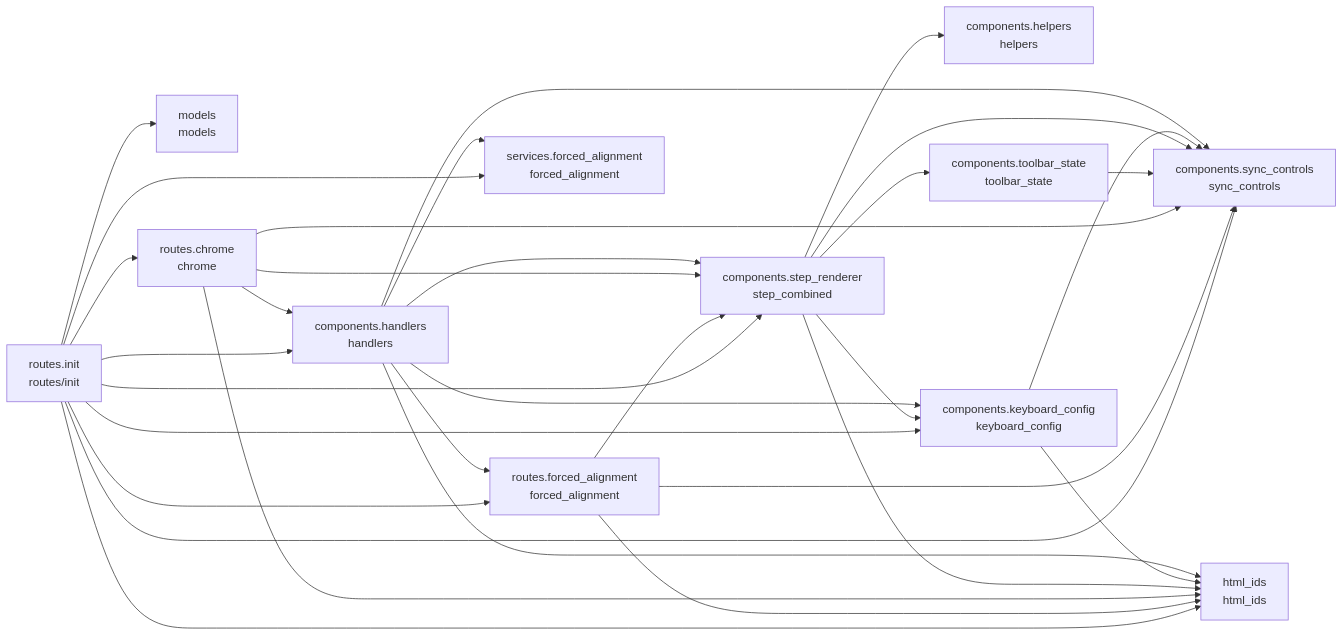
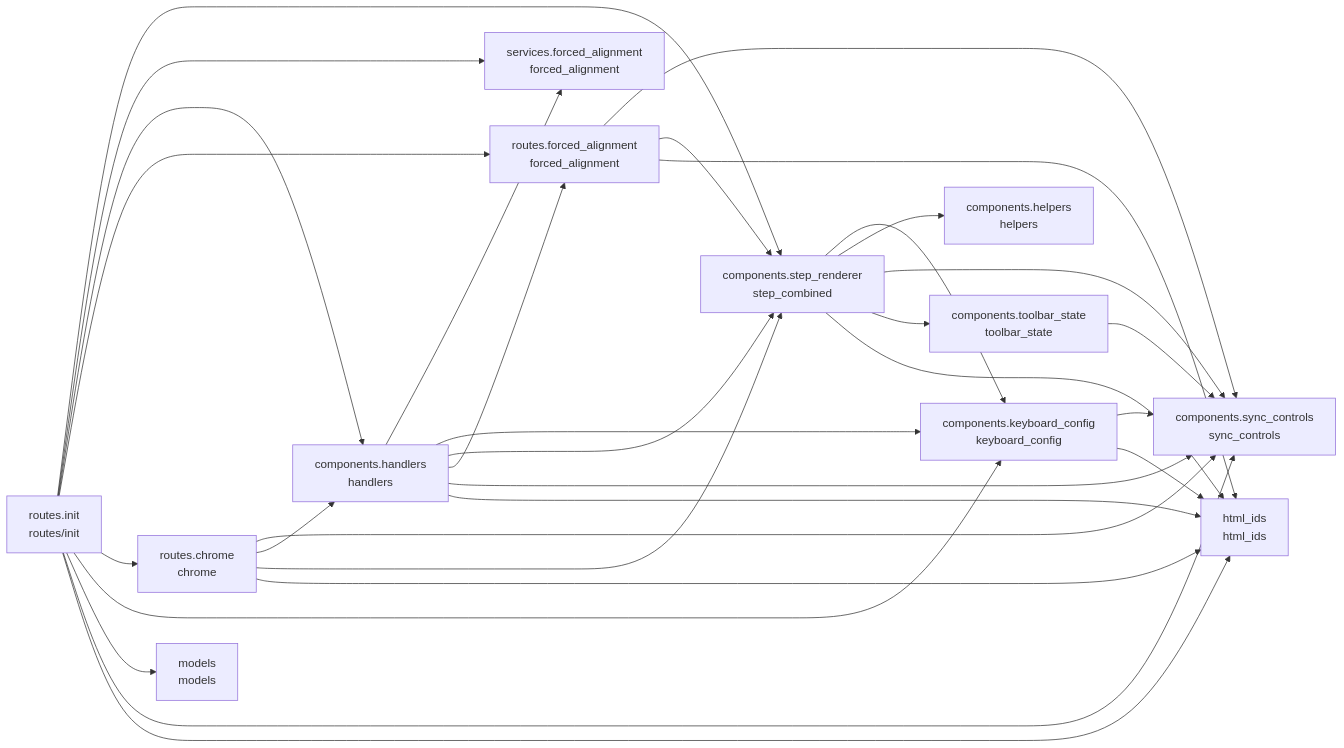
One commit to cj-mills/cjm-transcript-segment-align changed the diagram in README.md. Above: the diagram before and after it, drawn with Mermaid. The commit also changed other lines of this file and 3 other files, not shown here.

````diff
--- a/README.md
+++ b/README.md
@@ -35,46 +35,46 @@
 ``` mermaid
 graph LR
     components_handlers[components.handlers<br/>handlers]
     components_helpers[components.helpers<br/>helpers]
     components_keyboard_config[components.keyboard_config<br/>keyboard_config]
     components_step_renderer[components.step_renderer<br/>step_combined]
     components_sync_controls[components.sync_controls<br/>sync_controls]
     components_toolbar_state[components.toolbar_state<br/>toolbar_state]
     html_ids[html_ids<br/>html_ids]
     models[models<br/>models]
     routes_chrome[routes.chrome<br/>chrome]
     routes_forced_alignment[routes.forced_alignment<br/>forced_alignment]
     routes_init[routes.init<br/>routes/init]
     services_forced_alignment[services.forced_alignment<br/>forced_alignment]
 
-    components_handlers --> components_sync_controls
-    components_handlers --> routes_forced_alignment
-    components_handlers --> components_step_renderer
     components_handlers --> services_forced_alignment
     components_handlers --> components_keyboard_config
+    components_handlers --> components_step_renderer
+    components_handlers --> routes_forced_alignment
+    components_handlers --> components_sync_controls
     components_handlers --> html_ids
     components_keyboard_config --> components_sync_controls
     components_keyboard_config --> html_ids
+    components_step_renderer --> components_keyboard_config
     components_step_renderer --> components_helpers
+    components_step_renderer --> components_sync_controls
     components_step_renderer --> components_toolbar_state
     components_step_renderer --> html_ids
-    components_step_renderer --> components_keyboard_config
-    components_step_renderer --> components_sync_controls
     components_toolbar_state --> components_sync_controls
     routes_chrome --> components_sync_controls
     routes_chrome --> components_handlers
+    routes_chrome --> components_step_renderer
     routes_chrome --> html_ids
-    routes_chrome --> components_step_renderer
     routes_forced_alignment --> components_sync_controls
     routes_forced_alignment --> components_step_renderer
     routes_forced_alignment --> html_ids
+    routes_init --> components_step_renderer
+    routes_init --> services_forced_alignment
+    routes_init --> components_handlers
     routes_init --> routes_forced_alignment
+    routes_init --> routes_chrome
+    routes_init --> components_keyboard_config
     routes_init --> models
-    routes_init --> components_handlers
-    routes_init --> components_keyboard_config
-    routes_init --> services_forced_alignment
-    routes_init --> components_step_renderer
+    routes_init --> components_sync_controls
     routes_init --> html_ids
-    routes_init --> components_sync_controls
-    routes_init --> routes_chrome
 ```
````
